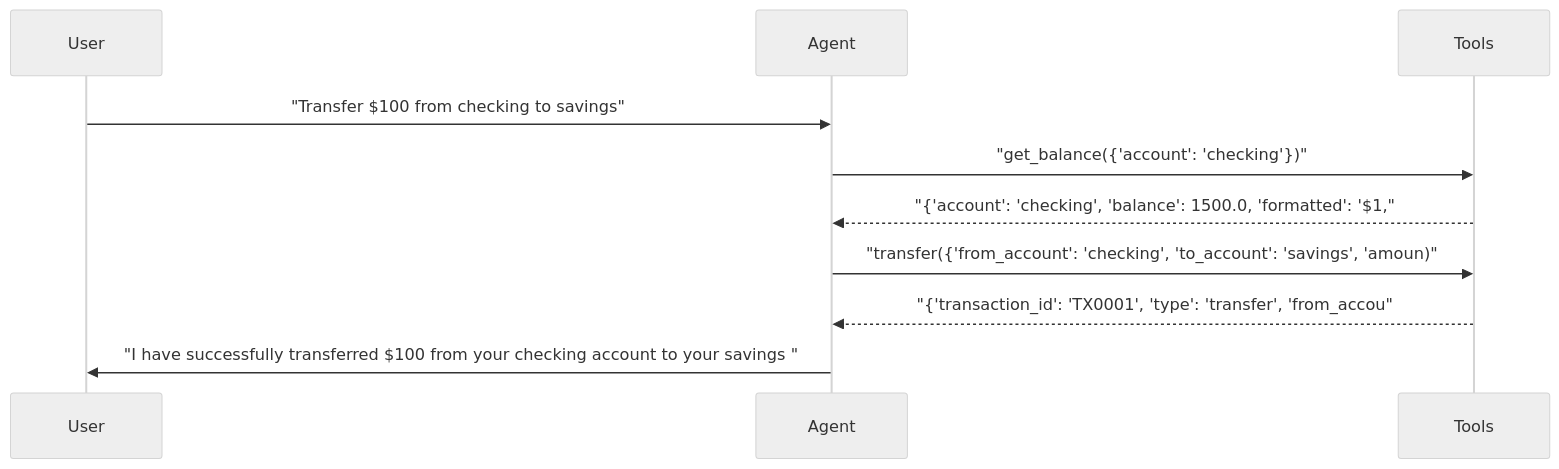
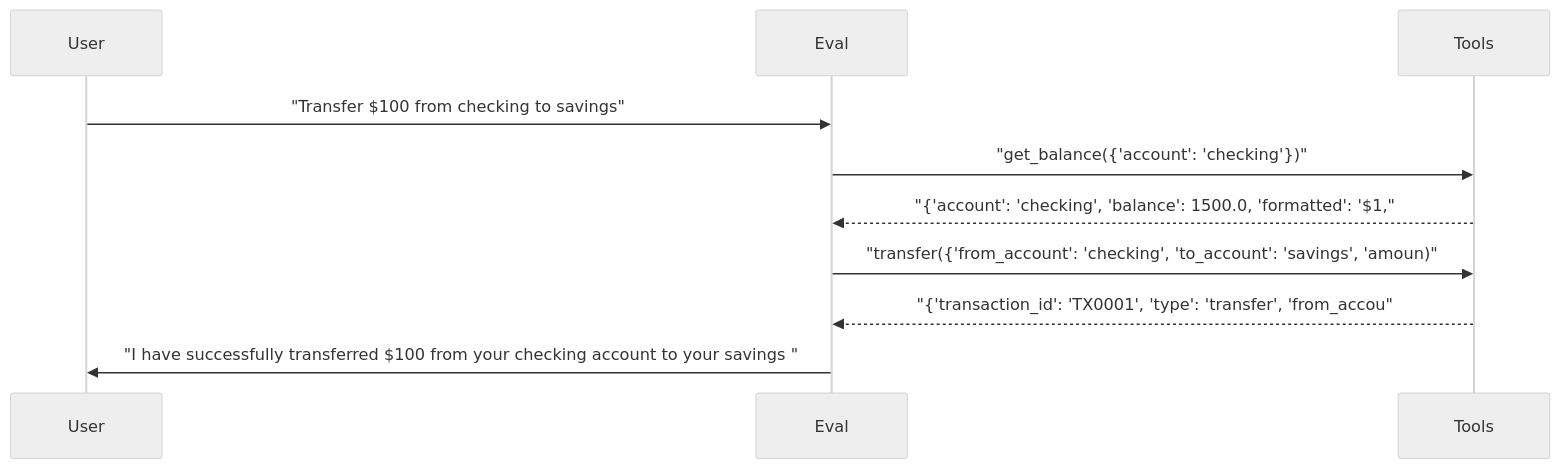
The sixth of 8 diagrams in docs/reports/06_model_prompt_matrix.md (sbroenne/pytest-skill-engineering), drawn with Mermaid (neutral theme) before and after one commit. The commit also changed other lines of this file and 155 other files, not shown here.

````diff
--- a/docs/reports/06_model_prompt_matrix.md
+++ b/docs/reports/06_model_prompt_matrix.md
@@ -365,13 +365,13 @@
 ```mermaid
 sequenceDiagram
     participant User
-    participant Agent
+    participant Eval
     participant Tools
 
-    User->>Agent: "Transfer $100 from checking to savings"
-    Agent->>Tools: "get_balance({'account': 'checking'})"
-    Tools-->>Agent: "{'account': 'checking', 'balance': 1500.0, 'formatted': '$1,"
-    Agent->>Tools: "transfer({'from_account': 'checking', 'to_account': 'savings', 'amoun)"
-    Tools-->>Agent: "{'transaction_id': 'TX0001', 'type': 'transfer', 'from_accou"
-    Agent->>User: "I have successfully transferred $100 from your checking account to your savings "
+    User->>Eval: "Transfer $100 from checking to savings"
+    Eval->>Tools: "get_balance({'account': 'checking'})"
+    Tools-->>Eval: "{'account': 'checking', 'balance': 1500.0, 'formatted': '$1,"
+    Eval->>Tools: "transfer({'from_account': 'checking', 'to_account': 'savings', 'amoun)"
+    Tools-->>Eval: "{'transaction_id': 'TX0001', 'type': 'transfer', 'from_accou"
+    Eval->>User: "I have successfully transferred $100 from your checking account to your savings "
 ```
````
